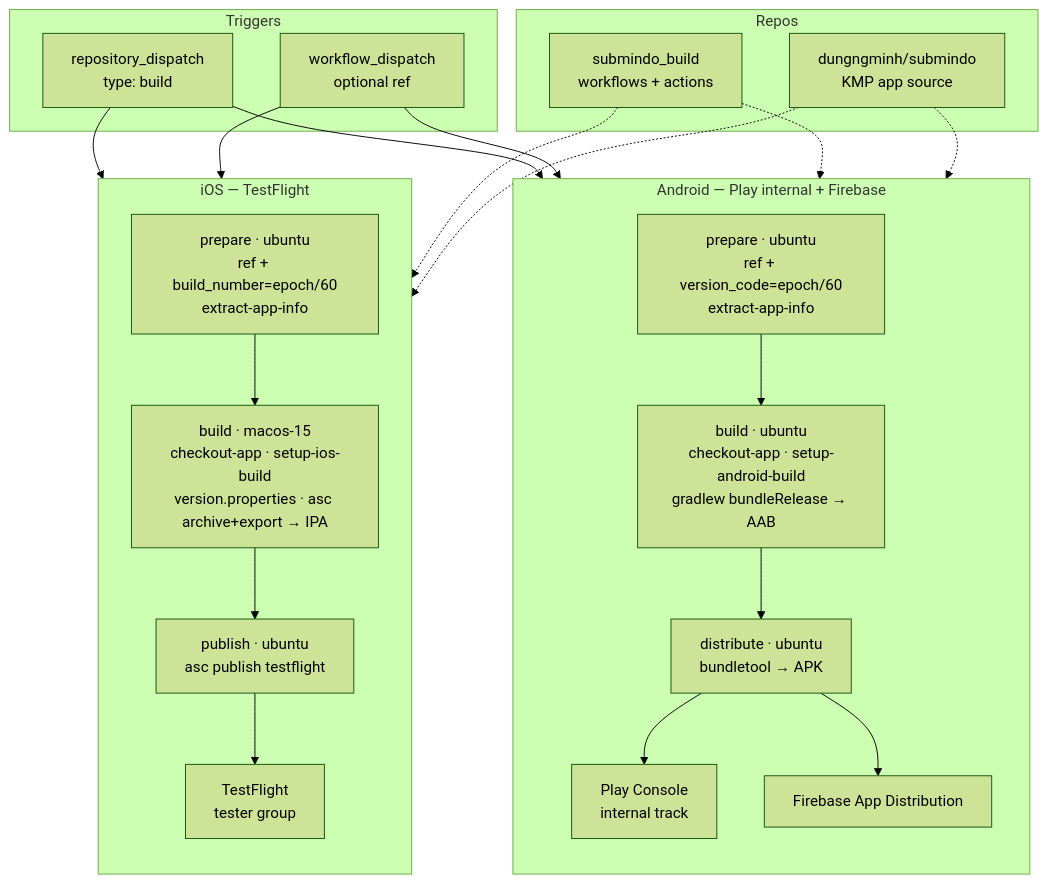
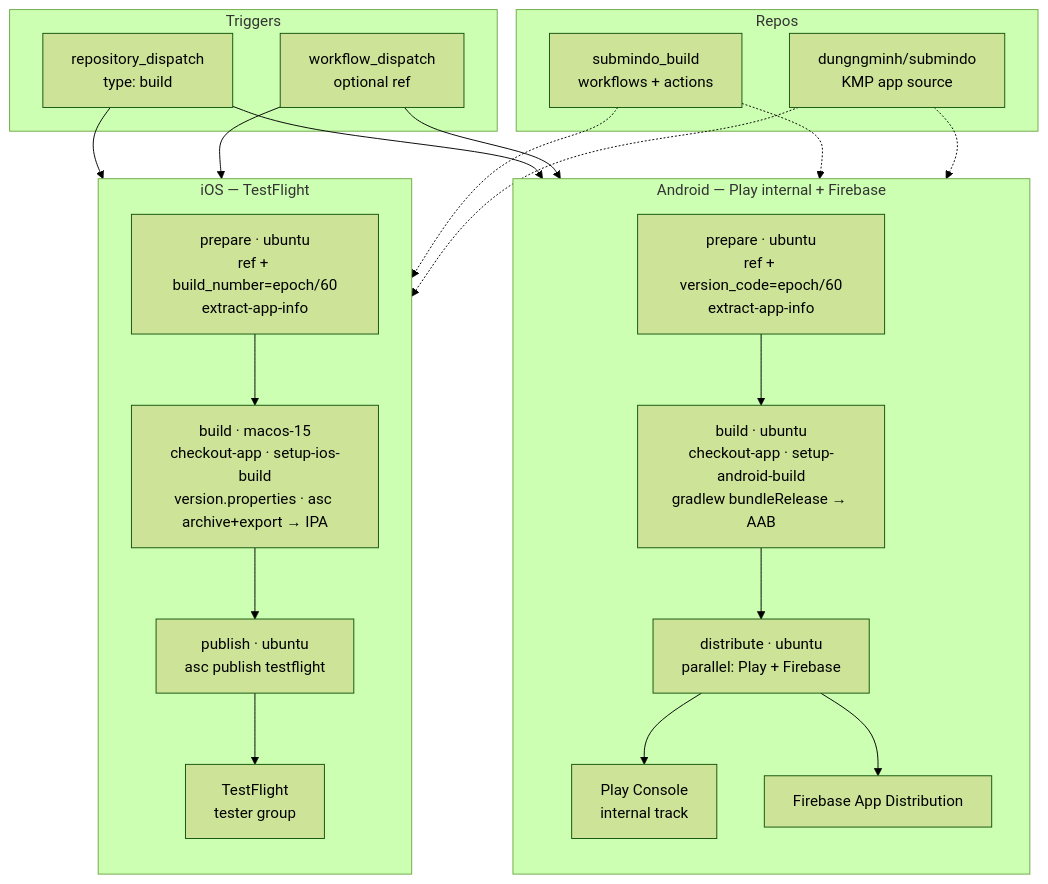
One commit to dungngminh/submindo_build changed the diagram in README.md. Above: the diagram before and after it, drawn with Mermaid (forest theme). The commit also changed other lines of this file and 1 other file, not shown here.

Commit message:
use parallel

````diff
--- a/README.md
+++ b/README.md
@@ -12,45 +12,45 @@
 ```mermaid
 flowchart TB
     subgraph triggers["Triggers"]
         dispatch["repository_dispatch<br/>type: build"]
         manual["workflow_dispatch<br/>optional ref"]
     end
 
     subgraph repos["Repos"]
         build_repo["submindo_build<br/>workflows + actions"]
         app_repo["dungngminh/submindo<br/>KMP app source"]
     end
 
     dispatch --> android_prepare
     dispatch --> ios_prepare
     manual --> android_prepare
     manual --> ios_prepare
 
   build_repo -.-> android_prepare
   build_repo -.-> ios_prepare
   app_repo -.-> android_build
   app_repo -.-> ios_build
 
     subgraph android["Android — Play internal + Firebase"]
         direction TB
         android_prepare["prepare · ubuntu<br/>ref + version_code=epoch/60<br/>extract-app-info"]
         android_build["build · ubuntu<br/>checkout-app · setup-android-build<br/>gradlew bundleRelease → AAB"]
-        android_distribute["distribute · ubuntu<br/>bundletool → APK"]
+        android_distribute["distribute · ubuntu<br/>parallel: Play + Firebase"]
         play["Play Console<br/>internal track"]
         firebase["Firebase App Distribution"]
 
         android_prepare --> android_build --> android_distribute
         android_distribute --> play
         android_distribute --> firebase
     end
 
     subgraph ios["iOS — TestFlight"]
         direction TB
         ios_prepare["prepare · ubuntu<br/>ref + build_number=epoch/60<br/>extract-app-info"]
         ios_build["build · macos-15<br/>checkout-app · setup-ios-build<br/>version.properties · asc archive+export → IPA"]
         ios_publish["publish · ubuntu<br/>asc publish testflight"]
         testflight["TestFlight<br/>tester group"]
 
         ios_prepare --> ios_build --> ios_publish --> testflight
     end
 ```
````
